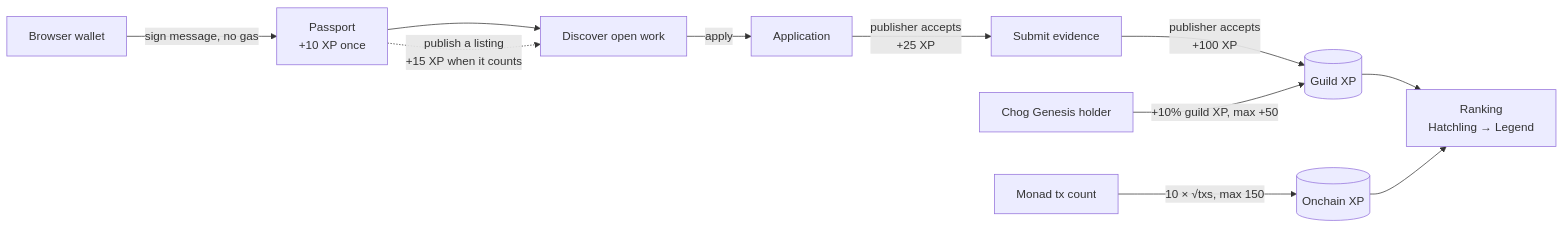
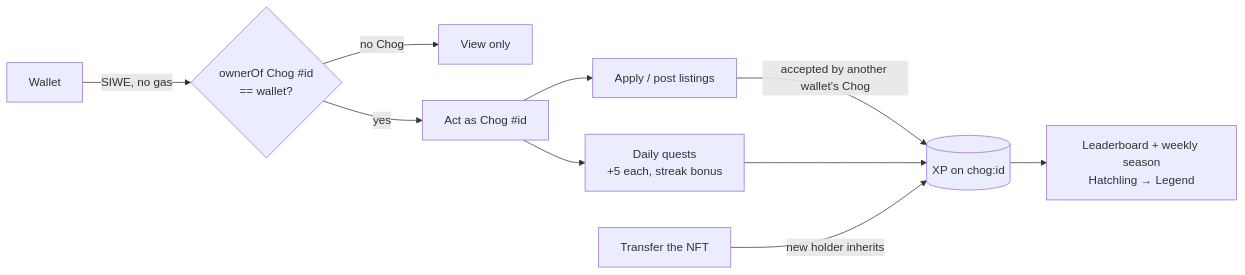
One commit to catalystberry842-alt/choguild changed the diagram in README.md. Above: the diagram before and after it, drawn with Mermaid. The commit also changed other lines of this file and 43 other files, not shown here.

````diff
--- a/README.md
+++ b/README.md
@@ -64,13 +66,12 @@
 ```mermaid
 flowchart LR
-  W[Browser wallet] -->|sign message, no gas| P[Passport<br/>+10 XP once]
-  P --> D[Discover open work]
-  D -->|apply| A[Application]
-  A -->|publisher accepts<br/>+25 XP| S[Submit evidence]
-  S -->|publisher accepts<br/>+100 XP| X[(Guild XP)]
-  M[Monad tx count] -->|10 × √txs, max 150| O[(Onchain XP)]
-  C[Chog Genesis holder] -->|+10% guild XP, max +50| X
-  X --> R[Ranking<br/>Hatchling → Legend]
-  O --> R
-  P -.->|publish a listing<br/>+15 XP when it counts| D
+  W[Wallet] -->|SIWE, no gas| H{ownerOf Chog #id<br/>== wallet?}
+  H -->|no Chog| V[View only]
+  H -->|yes| C[Act as Chog #id]
+  C --> Q[Daily quests<br/>+5 each, streak bonus]
+  C --> A[Apply / post listings]
+  A -->|accepted by another wallet's Chog| X[(XP on chog:id)]
+  Q --> X
+  X --> R[Leaderboard + weekly season<br/>Hatchling → Legend]
+  T[Transfer the NFT] -->|new holder inherits| X
 ```
````
